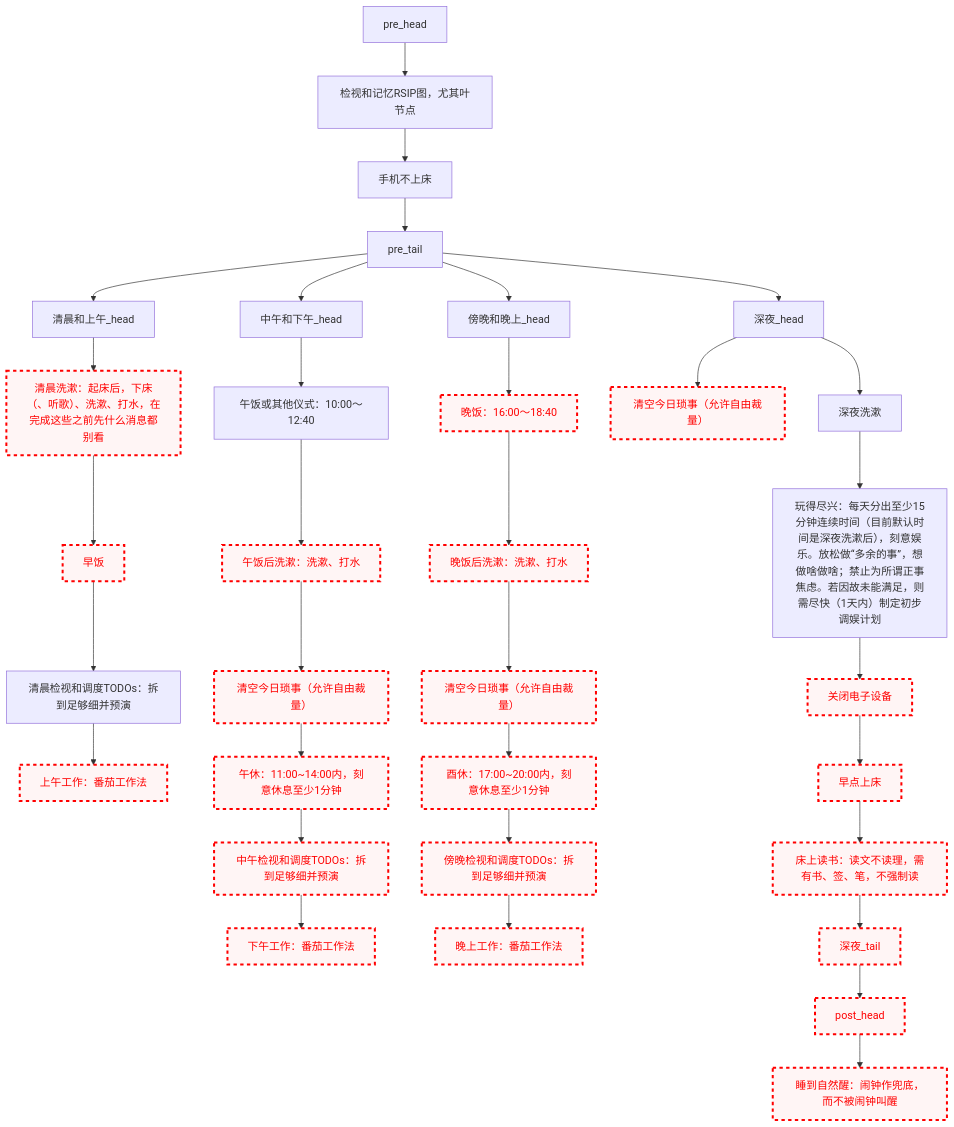
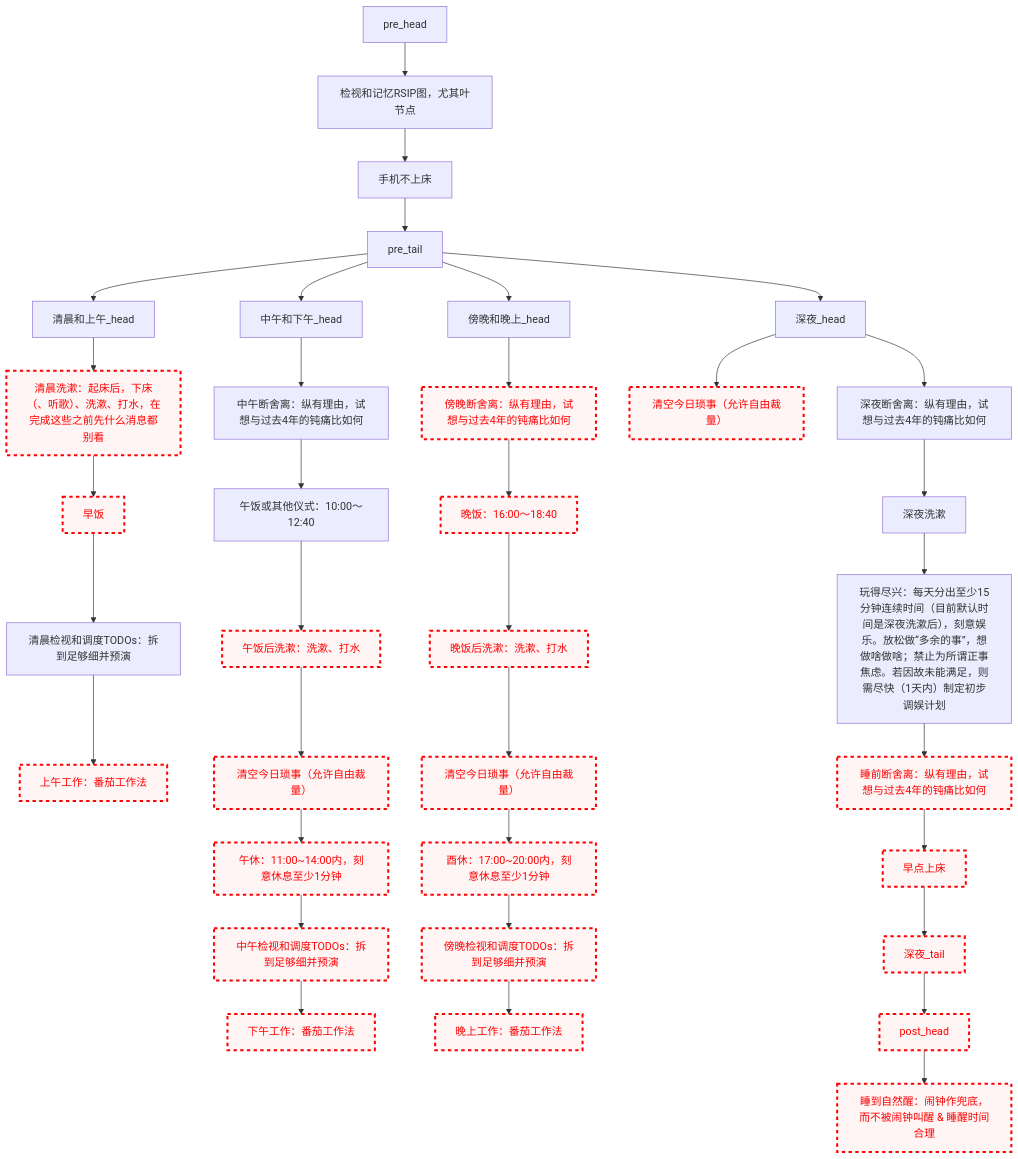
Before and after one commit to Ethkuil/RSIP-tree: the diagram in README.md, drawn with Mermaid.

Commit message:
insert 断舍离

````diff
--- a/README.md
+++ b/README.md
@@ -21,68 +21,70 @@
 ```mermaid
 graph TD
 
 classDef failed stroke:#ff0000, stroke-width:3px, color:#ff0000, fill:#fff5f5, stroke-dasharray: 5
 
 pre_head --> RSIP[检视和记忆RSIP图，尤其叶节点]
 RSIP --> 手机不上床
 手机不上床 --> pre_tail
 
 
 pre_tail --> 清晨和上午_head
 清晨和上午_head --> 清晨洗漱
 清晨洗漱[清晨洗漱：起床后，下床（、听歌）、洗漱、打水，在完成这些之前先什么消息都别看]
 class 清晨洗漱 failed
 清晨洗漱 --> 早饭
 class 早饭 failed
 早饭 --> 清晨看TODO[清晨检视和调度TODOs：拆到足够细并预演]
 class 清晨看TODO failed.
 清晨看TODO --> 上午工作[上午工作：番茄工作法]
 class 上午工作 failed
 
 pre_tail --> 中午和下午_head
-中午和下午_head --> 午饭[午饭或其他仪式：10:00～12:40]
+中午和下午_head --> 中午断舍离[中午断舍离：纵有理由，试想与过去4年的钝痛比如何]
+中午断舍离 --> 午饭[午饭或其他仪式：10:00～12:40]
 午饭 --> 午饭后洗漱[午饭后洗漱：洗漱、打水]
 class 午饭后洗漱 failed
 午饭后洗漱 --> 中午今日琐事[清空今日琐事（允许自由裁量）]
 class 中午今日琐事 failed
 中午今日琐事 --> 午休[午休：11:00~14:00内，刻意休息至少1分钟]
 class 午休 failed
 午休 --> 中午看TODO[中午检视和调度TODOs：拆到足够细并预演]
 class 中午看TODO failed
 中午看TODO --> 下午工作[下午工作：番茄工作法]
 class 下午工作 failed
 
 pre_tail --> 傍晚和晚上_head
-傍晚和晚上_head --> 晚饭[晚饭：16:00～18:40]
+傍晚和晚上_head --> 傍晚断舍离[傍晚断舍离：纵有理由，试想与过去4年的钝痛比如何]
+class 傍晚断舍离 failed
+傍晚断舍离 --> 晚饭[晚饭：16:00～18:40]
 class 晚饭 failed
 晚饭 --> 晚饭后洗漱[晚饭后洗漱：洗漱、打水]
 class 晚饭后洗漱 failed
 晚饭后洗漱 --> 傍晚今日琐事[清空今日琐事（允许自由裁量）]
 class 傍晚今日琐事 failed
 傍晚今日琐事 --> 酉休[酉休：17:00~20:00内，刻意休息至少1分钟]
 class 酉休 failed
 酉休 --> 傍晚看TODO[傍晚检视和调度TODOs：拆到足够细并预演]
 class 傍晚看TODO failed
 傍晚看TODO --> 晚上工作[晚上工作：番茄工作法]
 class 晚上工作 failed
 
 pre_tail --> 深夜_head
 深夜_head --> 深夜今日琐事[清空今日琐事（允许自由裁量）]
 class 深夜今日琐事 failed
-深夜_head --> 深夜洗漱
+深夜_head --> 深夜断舍离[深夜断舍离：纵有理由，试想与过去4年的钝痛比如何]
+深夜断舍离 --> 深夜洗漱
 深夜洗漱 --> 玩得尽兴[玩得尽兴：每天分出至少15分钟连续时间（目前默认时间是深夜洗漱后），刻意娱乐。放松做“多余的事”，想做啥做啥；禁止为所谓正事焦虑。若因故未能满足，则需尽快（1天内）制定初步调娱计划]
-玩得尽兴 --> 关闭电子设备
-class 关闭电子设备 failed
-关闭电子设备 --> 早点上床
+玩得尽兴 --> 睡前断舍离[睡前断舍离：纵有理由，试想与过去4年的钝痛比如何]
+class 睡前断舍离 failed
+睡前断舍离 --> 早点上床
 class 早点上床 failed
-早点上床 --> 床上读书[床上读书：读文不读理，需有书、签、笔，不强制读]
-class 床上读书 failed
-床上读书 --> 深夜_tail
+早点上床 --> 深夜_tail
 class 深夜_tail failed
 
 
 深夜_tail --> post_head
 class post_head failed
-post_head --> 睡到自然醒[睡到自然醒：闹钟作兜底，而不被闹钟叫醒]
+post_head --> 睡到自然醒[睡到自然醒：闹钟作兜底，而不被闹钟叫醒 & 睡醒时间合理]
 class 睡到自然醒 failed
 ```
````
